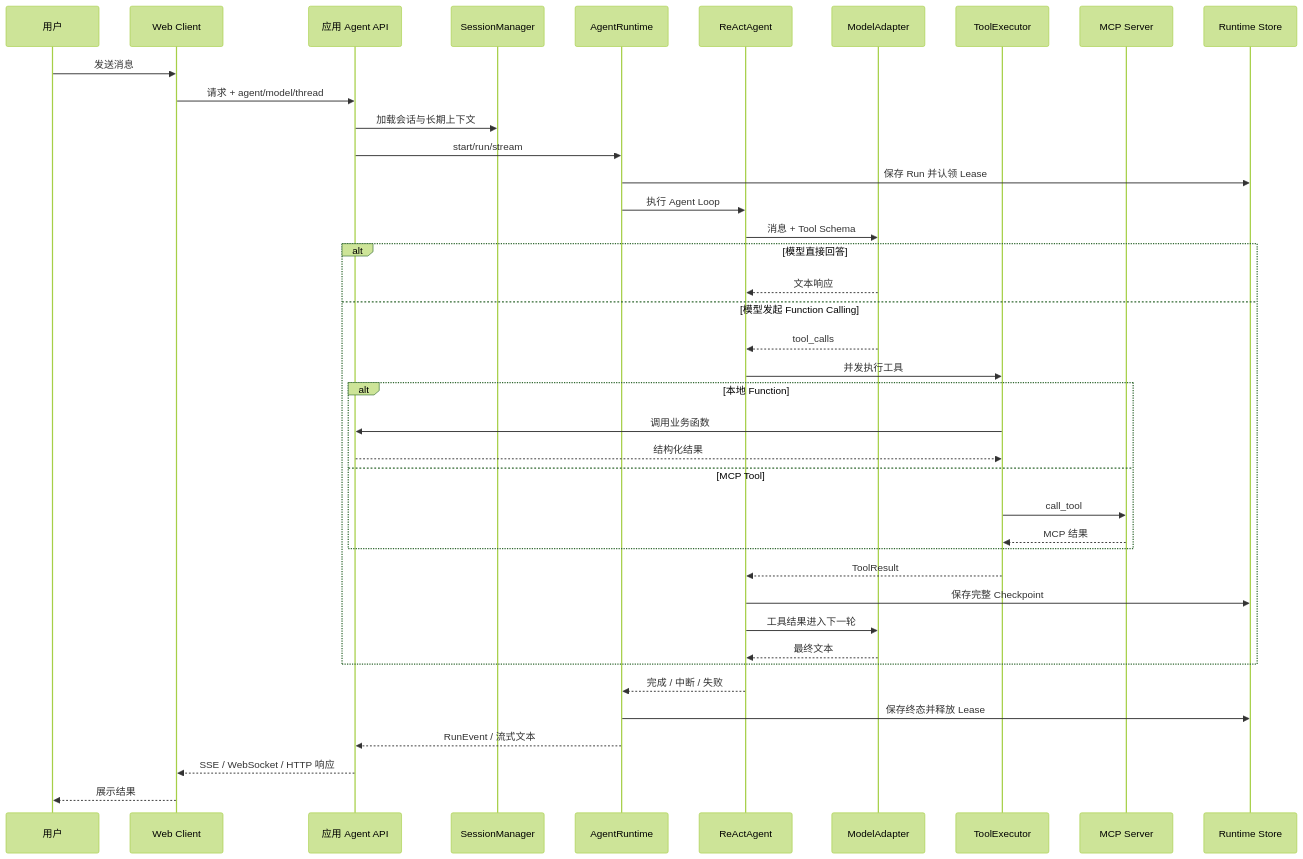
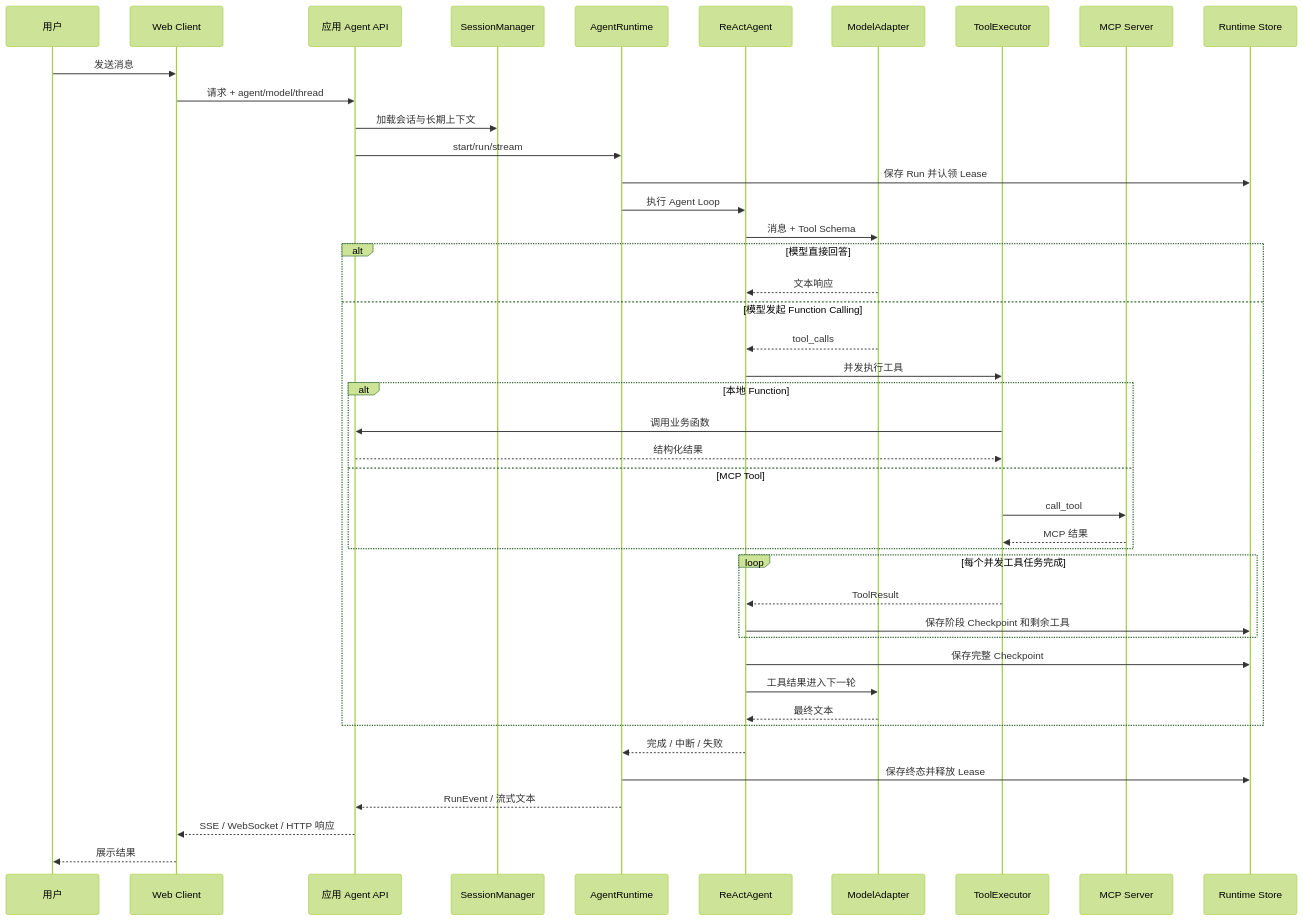
One commit to qiuzixu/agent-core changed the third of 6 diagrams in docs/ARCHITECTURE.md. Above: the diagram before and after it, drawn with Mermaid (forest theme). The commit also changed other lines of this file and 41 other files, not shown here.

````diff
--- a/docs/ARCHITECTURE.md
+++ b/docs/ARCHITECTURE.md
@@ -246,45 +246,48 @@
 ```mermaid
 sequenceDiagram
     participant User as 用户
     participant UI as Web Client
     participant App as 应用 Agent API
     participant Session as SessionManager
     participant Runtime as AgentRuntime
     participant ReAct as ReActAgent
     participant Model as ModelAdapter
     participant Tools as ToolExecutor
     participant MCP as MCP Server
     participant Store as Runtime Store
 
     User->>UI: 发送消息
     UI->>App: 请求 + agent/model/thread
     App->>Session: 加载会话与长期上下文
     App->>Runtime: start/run/stream
     Runtime->>Store: 保存 Run 并认领 Lease
     Runtime->>ReAct: 执行 Agent Loop
     ReAct->>Model: 消息 + Tool Schema
 
     alt 模型直接回答
         Model-->>ReAct: 文本响应
     else 模型发起 Function Calling
         Model-->>ReAct: tool_calls
         ReAct->>Tools: 并发执行工具
         alt 本地 Function
             Tools->>App: 调用业务函数
             App-->>Tools: 结构化结果
         else MCP Tool
             Tools->>MCP: call_tool
             MCP-->>Tools: MCP 结果
         end
-        Tools-->>ReAct: ToolResult
+        loop 每个并发工具任务完成
+            Tools-->>ReAct: ToolResult
+            ReAct->>Store: 保存阶段 Checkpoint 和剩余工具
+        end
         ReAct->>Store: 保存完整 Checkpoint
         ReAct->>Model: 工具结果进入下一轮
         Model-->>ReAct: 最终文本
     end
 
     ReAct-->>Runtime: 完成 / 中断 / 失败
     Runtime->>Store: 保存终态并释放 Lease
     Runtime-->>App: RunEvent / 流式文本
     App-->>UI: SSE / WebSocket / HTTP 响应
     UI-->>User: 展示结果
 ```
````
